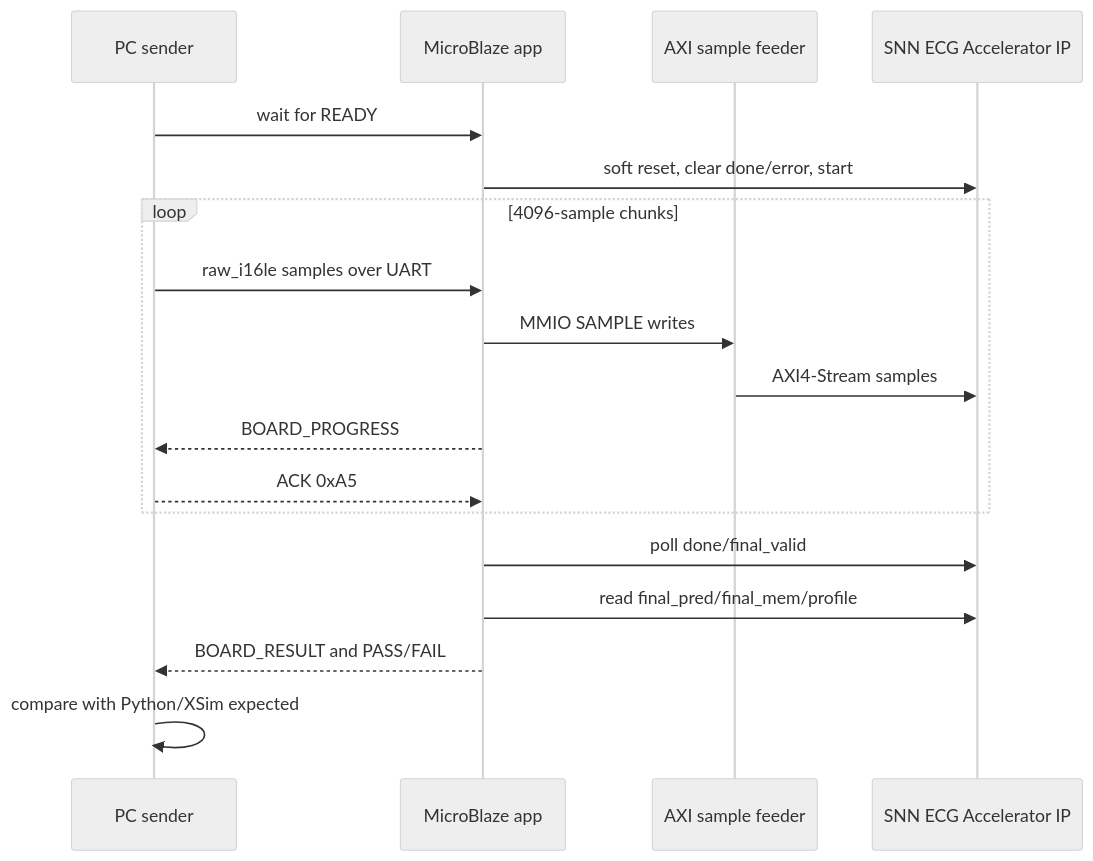
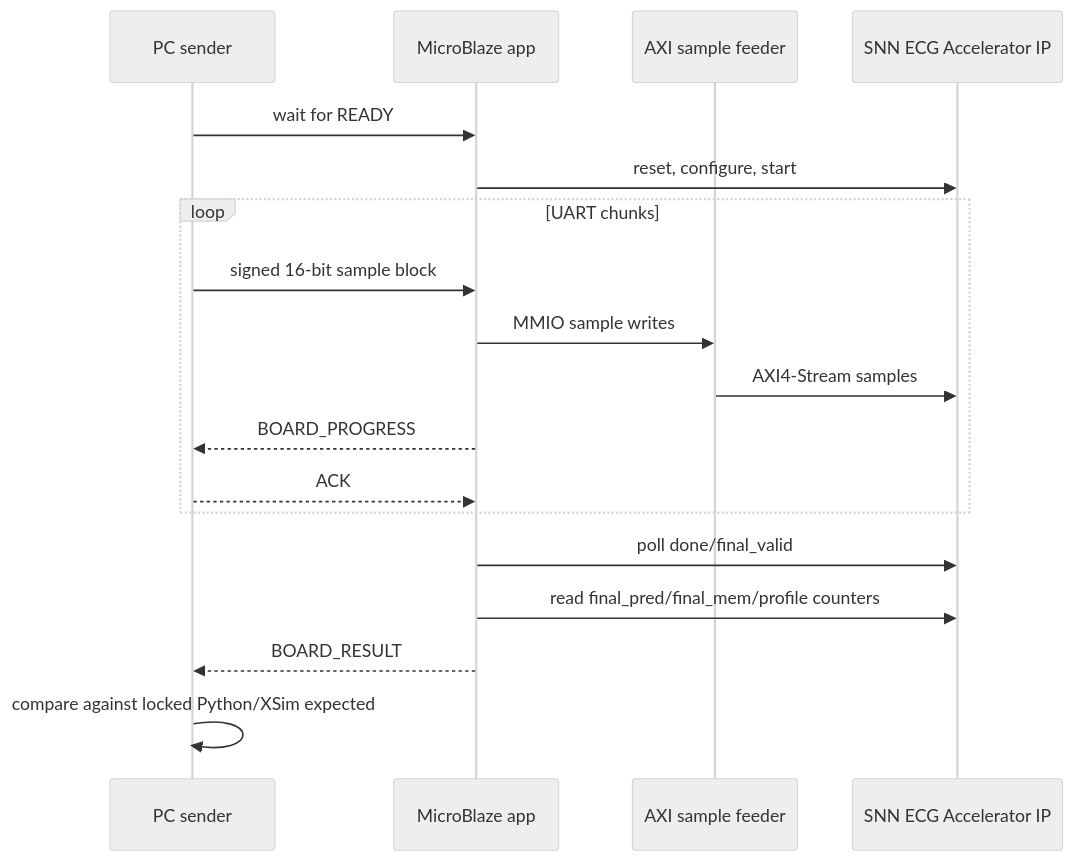
One commit to Sheep-gun/ECG-SoC-Integrated changed the diagram in docs/FULL_RECORD_BOARD_REPLAY_RESULT_KR.md. Above: the diagram before and after it, drawn with Mermaid (neutral theme). The commit also changed other lines of this file and 89 other files, not shown here.

Commit message:
Integrate locked final membrane through RTL and board flow

````diff
--- a/docs/FULL_RECORD_BOARD_REPLAY_RESULT_KR.md
+++ b/docs/FULL_RECORD_BOARD_REPLAY_RESULT_KR.md
@@ -26,21 +44,21 @@
 ```mermaid
 sequenceDiagram
     participant PC as PC sender
     participant MB as MicroBlaze app
     participant F as AXI sample feeder
     participant IP as SNN ECG Accelerator IP
 
     PC->>MB: wait for READY
-    MB->>IP: soft reset, clear done/error, start
-    loop 4096-sample chunks
-        PC->>MB: raw_i16le samples over UART
-        MB->>F: MMIO SAMPLE writes
+    MB->>IP: reset, configure, start
+    loop UART chunks
+        PC->>MB: signed 16-bit sample block
+        MB->>F: MMIO sample writes
         F->>IP: AXI4-Stream samples
         MB-->>PC: BOARD_PROGRESS
-        PC-->>MB: ACK 0xA5
+        PC-->>MB: ACK
     end
     MB->>IP: poll done/final_valid
-    MB->>IP: read final_pred/final_mem/profile
-    MB-->>PC: BOARD_RESULT and PASS/FAIL
-    PC->>PC: compare with Python/XSim expected
+    MB->>IP: read final_pred/final_mem/profile counters
+    MB-->>PC: BOARD_RESULT
+    PC->>PC: compare against locked Python/XSim expected
 ```
````
